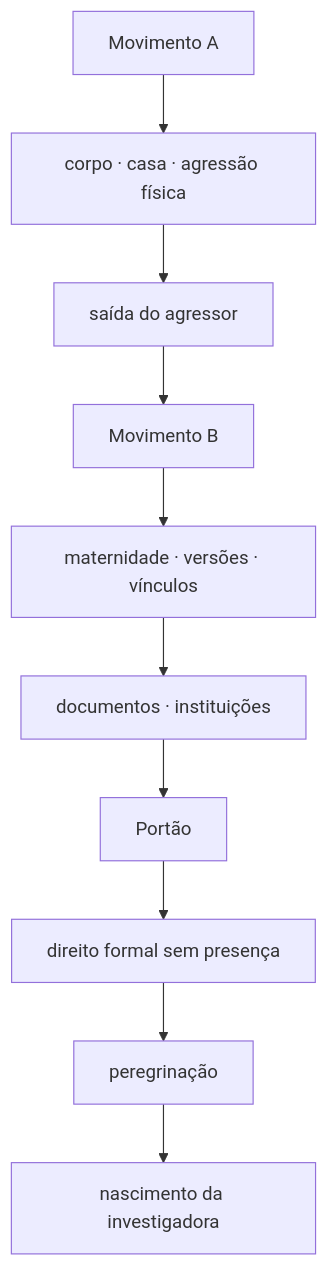
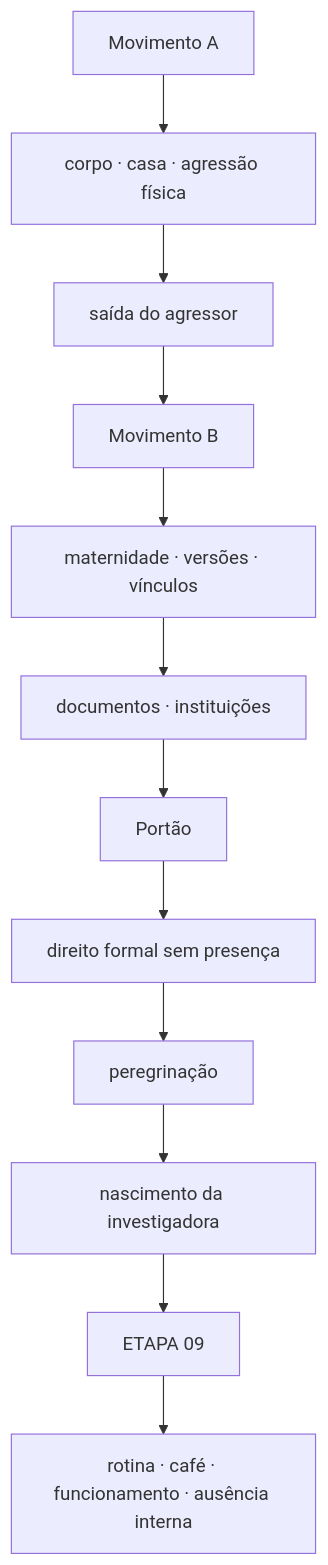
The fourth of 5 diagrams in 01_MORTE_EM_VIDA/MAPA_VISUAL_PARTE_III_ATUAL.md (Sollimastudio/trilogia-sol-lima), drawn with Mermaid before and after one commit. The commit also changed other lines of this file, not shown here.

Commit message:
Fecha mapa visual da Etapa 08 e abre Etapa 09

````diff
--- a/01_MORTE_EM_VIDA/MAPA_VISUAL_PARTE_III_ATUAL.md
+++ b/01_MORTE_EM_VIDA/MAPA_VISUAL_PARTE_III_ATUAL.md
@@ -46,12 +50,14 @@
 ```mermaid
 flowchart TD
 A[Movimento A] --> B[corpo · casa · agressão física]
 B --> C[saída do agressor]
 C --> D[Movimento B]
 D --> E[maternidade · versões · vínculos]
 E --> F[documentos · instituições]
 F --> G[Portão]
 G --> H[direito formal sem presença]
 H --> I[peregrinação]
 I --> J[nascimento da investigadora]
+J --> K[ETAPA 09]
+K --> L[rotina · café · funcionamento · ausência interna]
 ```
````
